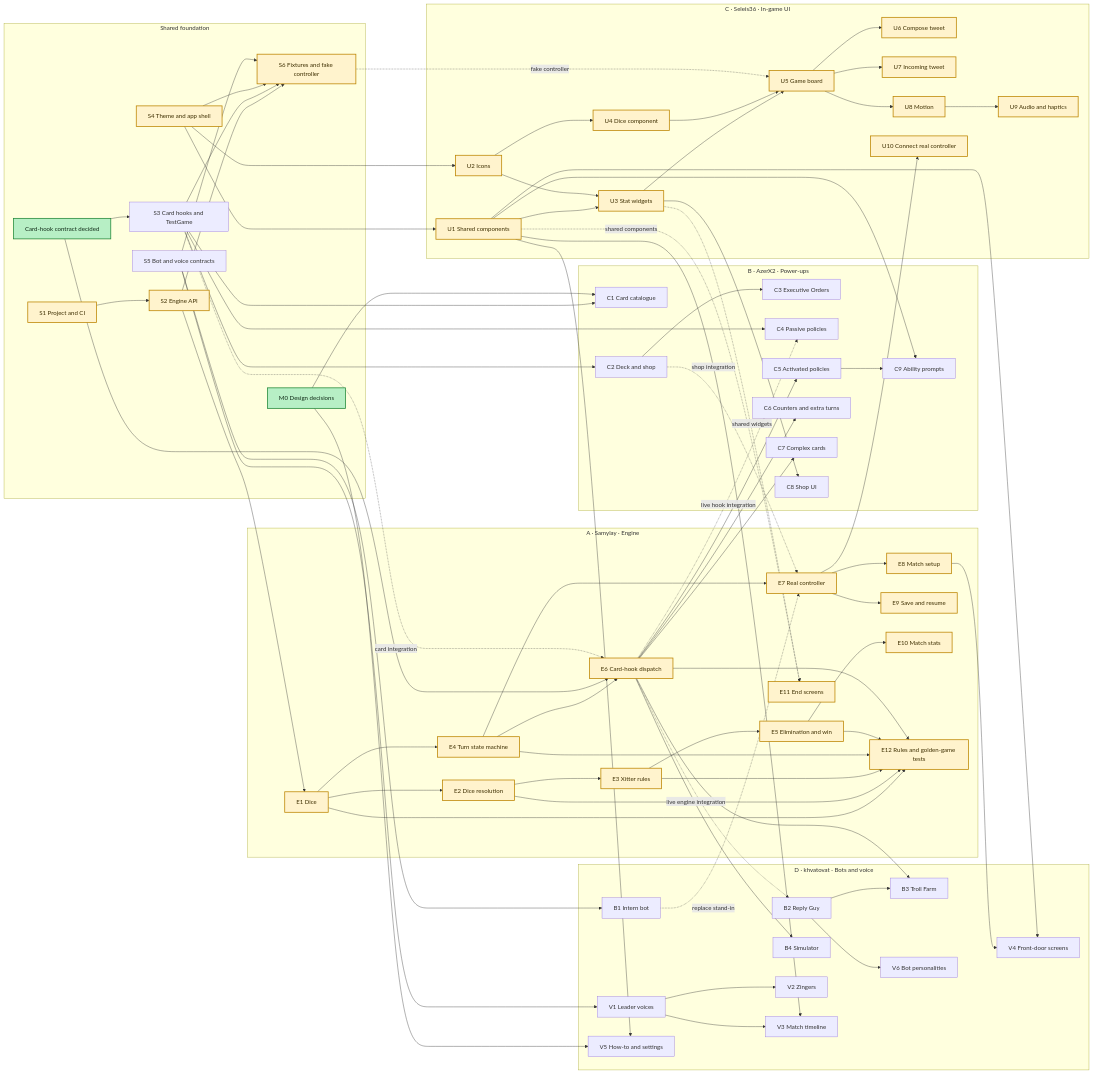
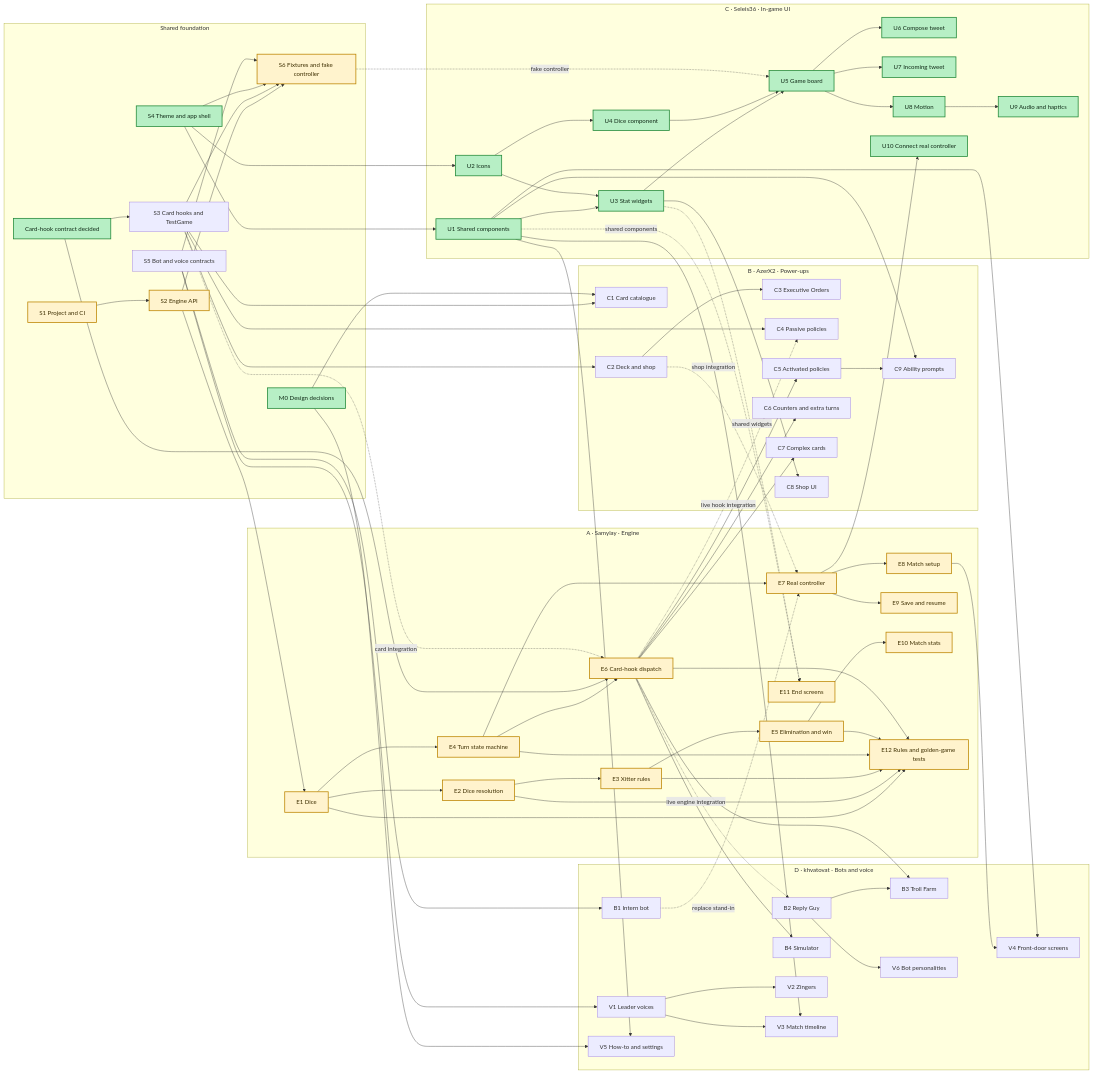
The diagram in docs/dependency-graph.md (Seleis36/king-of-xitter), drawn with Mermaid before and after one commit. The commit also changed other lines of this file, not shown here.

````diff
--- a/docs/dependency-graph.md
+++ b/docs/dependency-graph.md
@@ -145,5 +145,6 @@
   classDef done fill:#b7efc5,stroke:#218838,color:#102a17,stroke-width:2px
   classDef active fill:#fff3cd,stroke:#bd8500,color:#3d2e00,stroke-width:2px
   class M0D,HDEC done
-  class S1,S2,S4,S6,U1,U2,U3,U4,U5,U6,U7,U8,U9,U10,E1,E2,E3,E4,E5,E6,E7,E8,E9,E10,E11,E12 active
+  class S1,S2,S6,E1,E2,E3,E4,E5,E6,E7,E8,E9,E10,E11,E12 active
+  class S4,U1,U2,U3,U4,U5,U6,U7,U8,U9,U10 done
 ```
````
